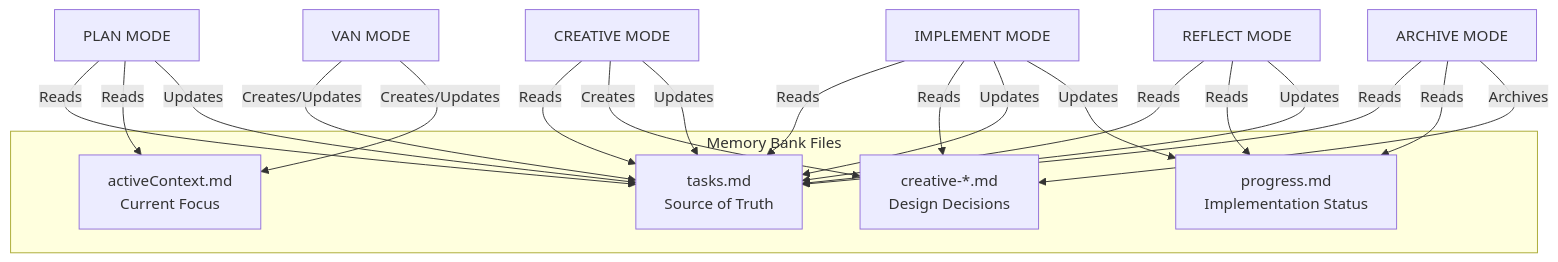
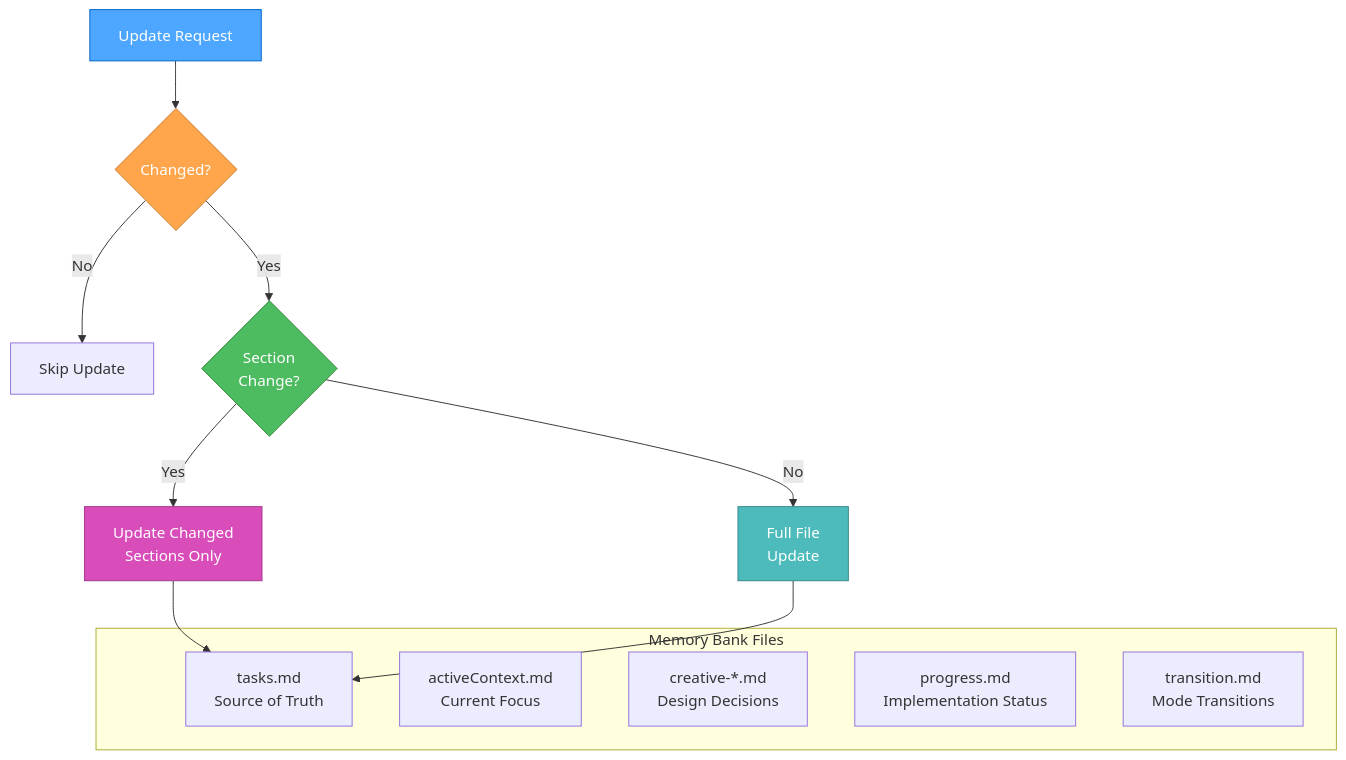
Before and after one commit to aleasweb/cityQuest: the sixth of 6 diagrams in .cursor/rules/isolation_rules/main.mdc, drawn with Mermaid. The commit also changed other lines of this file and 26 other files, not shown here.

````diff
--- a/.cursor/rules/isolation_rules/main.mdc
+++ b/.cursor/rules/isolation_rules/main.mdc
@@ -79,33 +148,25 @@
 ```mermaid
 graph TD
     subgraph "Memory Bank Files"
         tasks["tasks.md<br>Source of Truth"]
         active["activeContext.md<br>Current Focus"]
         creative["creative-*.md<br>Design Decisions"]
         progress["progress.md<br>Implementation Status"]
+        transition["transition.md<br>Mode Transitions"]
     end
     
-    VAN["VAN MODE"] -->|"Creates/Updates"| tasks
-    VAN -->|"Creates/Updates"| active
+    Update["Update Request"] --> Diff{"Changed?"}
+    Diff -->|"No"| Skip["Skip Update"]
+    Diff -->|"Yes"| Section{"Section<br>Change?"}
+    Section -->|"Yes"| Partial["Update Changed<br>Sections Only"]
+    Section -->|"No"| Full["Full File<br>Update"]
     
-    PLAN["PLAN MODE"] -->|"Reads"| tasks
-    PLAN -->|"Reads"| active
-    PLAN -->|"Updates"| tasks
+    Partial --> tasks
+    Full --> tasks
     
-    Creative["CREATIVE MODE"] -->|"Reads"| tasks
-    Creative -->|"Creates"| creative
-    Creative -->|"Updates"| tasks
-    
-    Implement["IMPLEMENT MODE"] -->|"Reads"| tasks
-    Implement -->|"Reads"| creative
-    Implement -->|"Updates"| tasks
-    Implement -->|"Updates"| progress
-    
-    Reflect["REFLECT MODE"] -->|"Reads"| tasks
-    Reflect -->|"Reads"| progress
-    Reflect -->|"Updates"| tasks
-    
-    Archive["ARCHIVE MODE"] -->|"Reads"| tasks
-    Archive -->|"Reads"| progress
-    Archive -->|"Archives"| creative
+    style Update fill:#4da6ff,stroke:#0066cc,color:white
+    style Diff fill:#ffa64d,stroke:#cc7a30,color:white
+    style Section fill:#4dbb5f,stroke:#36873f,color:white
+    style Partial fill:#d94dbb,stroke:#a3378a,color:white
+    style Full fill:#4dbbbb,stroke:#368787,color:white
 ```
````
